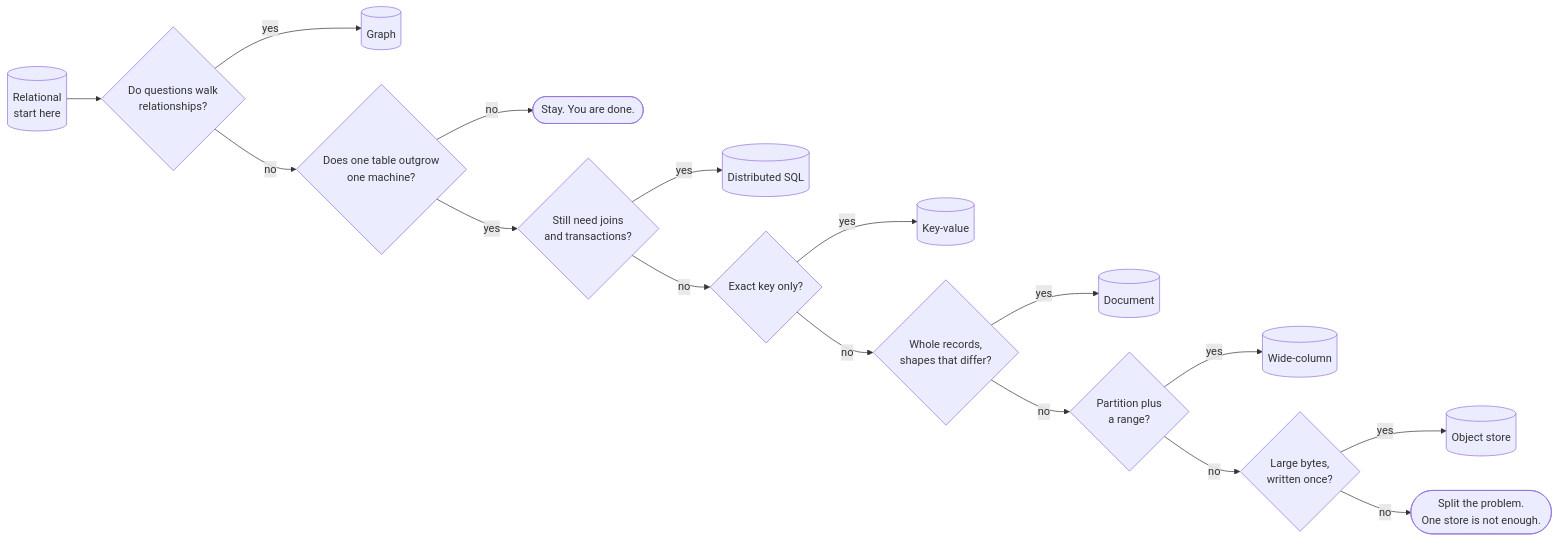
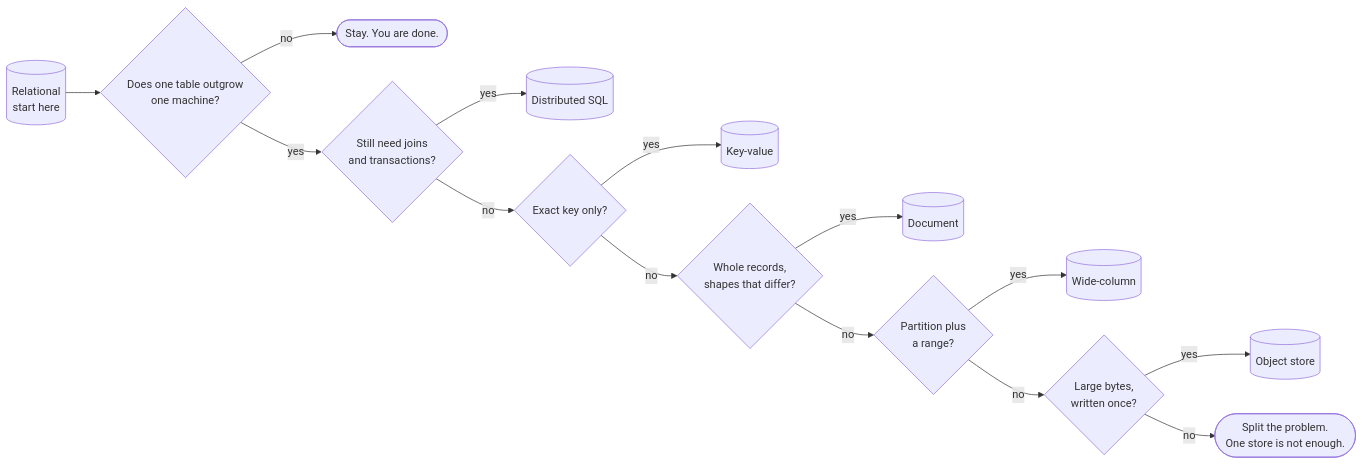
The fifth of 19 diagrams in examples/system-design-foundations.md (Laticent/lattice), drawn with Mermaid before and after one commit. The commit also changed other lines of this file and 2 other files, not shown here.

````diff
--- a/examples/system-design-foundations.md
+++ b/examples/system-design-foundations.md
@@ -961,18 +976,16 @@
 ```mermaid
 flowchart LR
-  REL[("Relational<br/>start here")] --> Q0{"Do questions walk<br/>relationships?"}
-  Q0 -->|"yes"| GR[("Graph")]
-  Q0 -->|"no"| Q1{"Does one table outgrow<br/>one machine?"}
+  REL[("Relational<br/>start here")] --> Q1{"Does one table outgrow<br/>one machine?"}
   Q1 -->|"no"| STAY(["Stay. You are done."])
   Q1 -->|"yes"| QB{"Still need joins<br/>and transactions?"}
   QB -->|"yes"| DS[("Distributed SQL")]
   QB -->|"no"| Q2{"Exact key only?"}
   Q2 -->|"yes"| KV[("Key-value")]
   Q2 -->|"no"| Q2B{"Whole records,<br/>shapes that differ?"}
   Q2B -->|"yes"| DOC[("Document")]
   Q2B -->|"no"| Q3{"Partition plus<br/>a range?"}
   Q3 -->|"yes"| WC[("Wide-column")]
   Q3 -->|"no"| Q4{"Large bytes,<br/>written once?"}
   Q4 -->|"yes"| OS[("Object store")]
   Q4 -->|"no"| SPLIT(["Split the problem.<br/>One store is not enough."])
 ```
````
